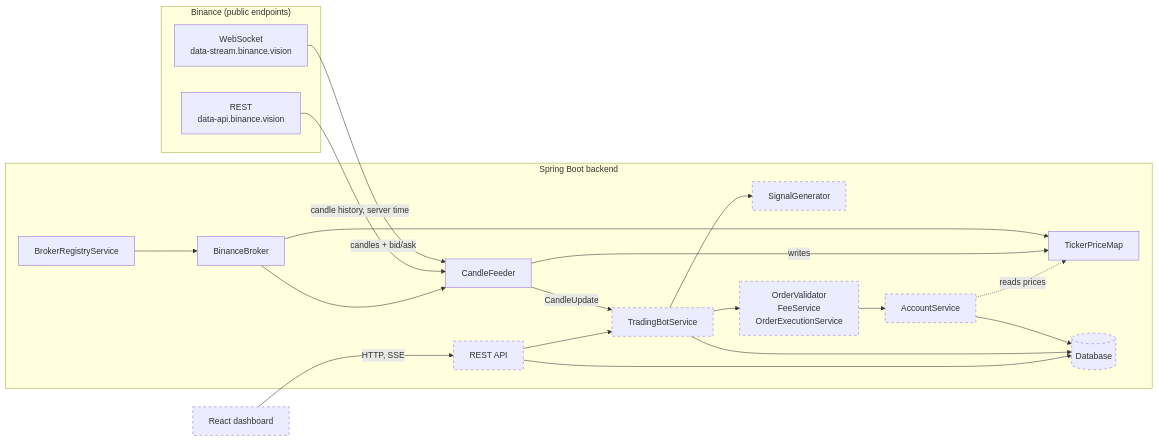
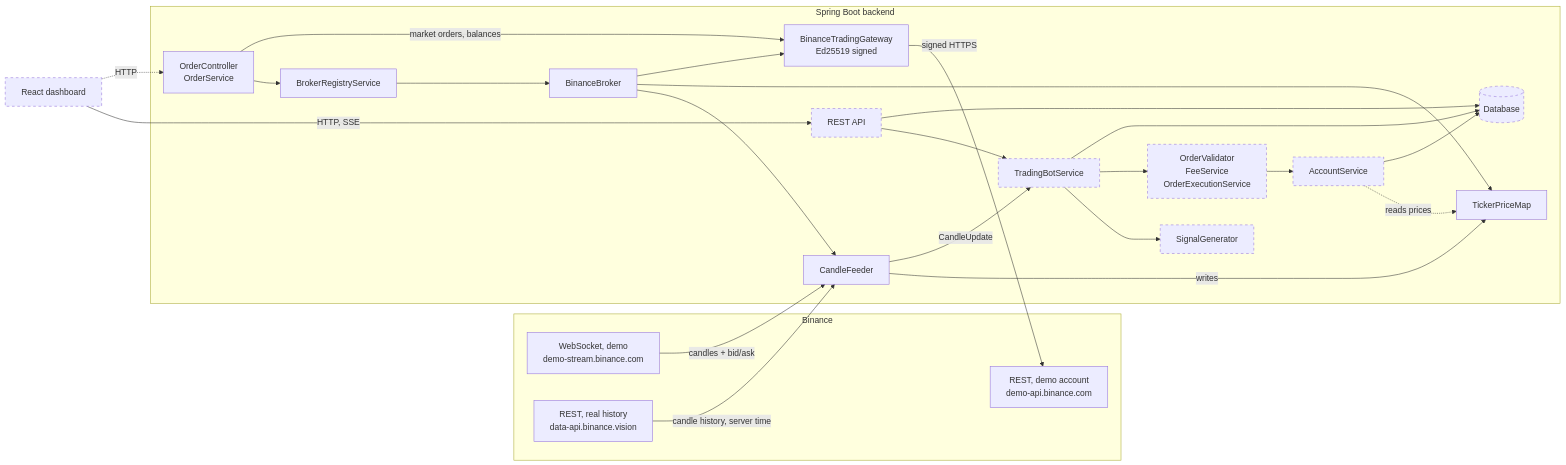
One commit to ShadowOfDiablo/t212-coding-task changed the first of 18 diagrams in docs/ARCHITECTURE.md. Above: the diagram before and after it, drawn with Mermaid. The commit also changed other lines of this file and 38 other files, not shown here.

First line of the commit message:
Place market orders on a Binance Demo Mode account

````diff
--- a/docs/ARCHITECTURE.md
+++ b/docs/ARCHITECTURE.md
@@ -29,42 +30,50 @@
 ```mermaid
 flowchart LR
-    subgraph Binance["Binance (public endpoints)"]
-        WS["WebSocket<br/>data-stream.binance.vision"]
-        REST["REST<br/>data-api.binance.vision"]
+    subgraph Binance["Binance"]
+        WS["WebSocket, demo<br/>demo-stream.binance.com"]
+        REST["REST, real history<br/>data-api.binance.vision"]
+        DemoApi["REST, demo account<br/>demo-api.binance.com"]
     end
 
     subgraph Backend["Spring Boot backend"]
+        OrderApi["OrderController<br/>OrderService"]
         Registry["BrokerRegistryService"]
         Broker["BinanceBroker"]
         Feeder["CandleFeeder"]
         Prices["TickerPriceMap"]
+        Gateway["BinanceTradingGateway<br/>Ed25519 signed"]
         Bot["TradingBotService"]
         Signal["SignalGenerator"]
         Orders["OrderValidator<br/>FeeService<br/>OrderExecutionService"]
         Account["AccountService"]
         Db[("Database")]
         Api["REST API"]
     end
 
     Ui["React dashboard"]
 
     WS -- "candles + bid/ask" --> Feeder
     REST -- "candle history, server time" --> Feeder
     Registry --> Broker
     Broker --> Feeder
     Broker --> Prices
+    Broker --> Gateway
+    OrderApi --> Registry
+    OrderApi -- "market orders, balances" --> Gateway
+    Gateway -- "signed HTTPS" --> DemoApi
     Feeder -- writes --> Prices
     Feeder -- CandleUpdate --> Bot
     Bot --> Signal
     Bot --> Orders
     Orders --> Account
     Account -. reads prices .-> Prices
     Account --> Db
     Bot --> Db
     Api --> Bot
     Api --> Db
     Ui -- "HTTP, SSE" --> Api
+    Ui -. HTTP .-> OrderApi
 
     classDef planned stroke-dasharray: 5 5
     class Bot,Signal,Orders,Account,Db,Api,Ui planned
 ```
````
